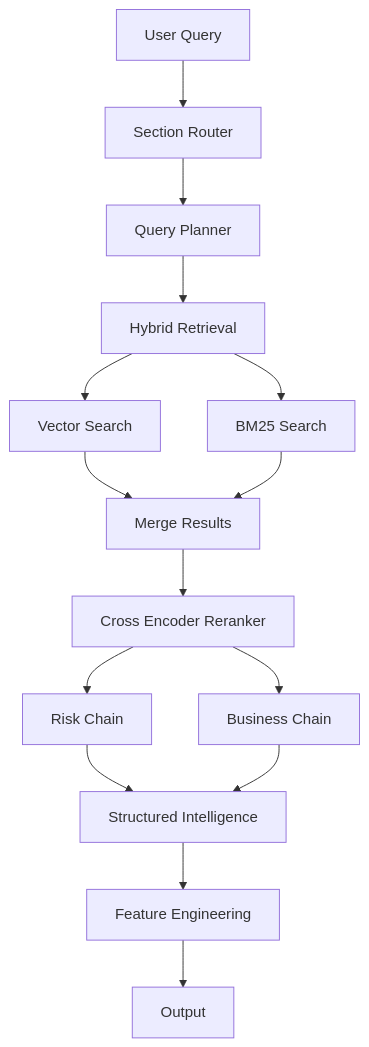
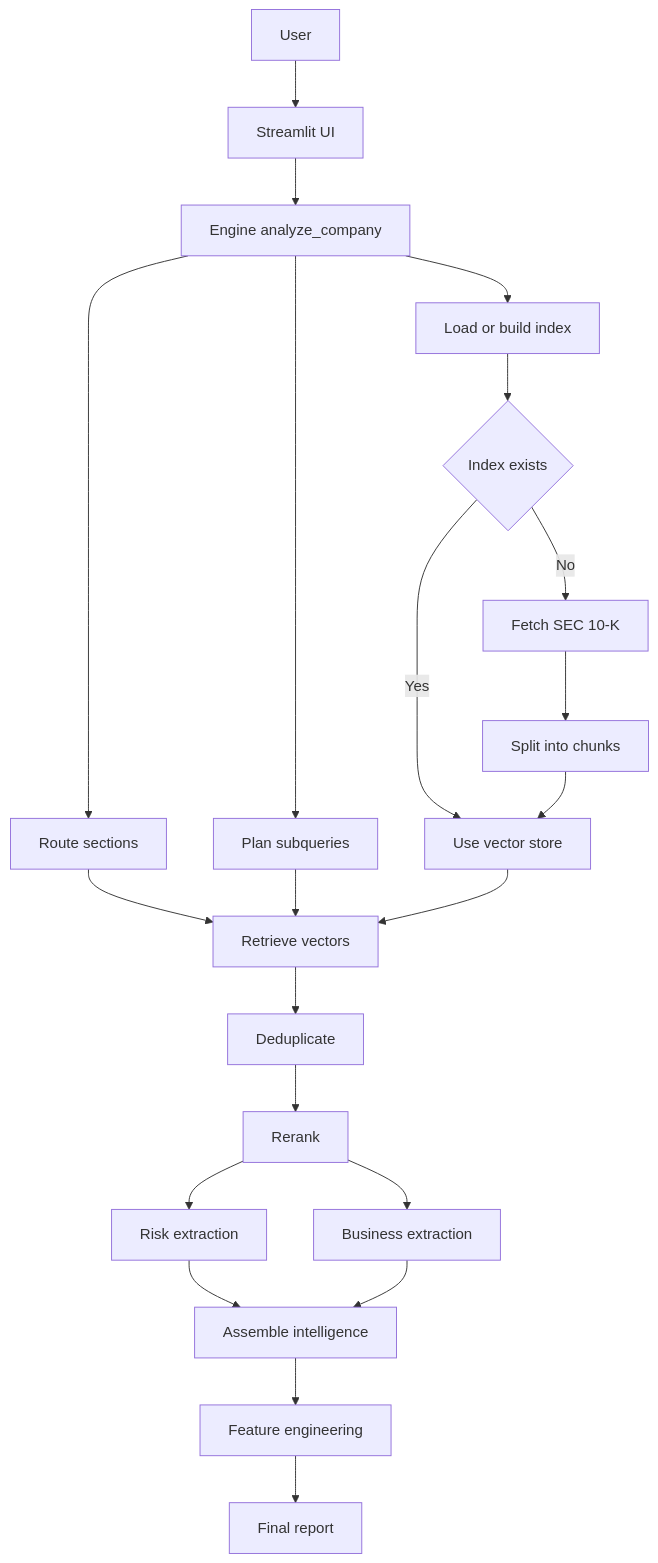
Before and after one commit to Omc12/Company-Intelligence-Engine: the diagram in README.md, drawn with Mermaid.

Commit message:
Update system architecture flowchart in README

````diff
--- a/README.md
+++ b/README.md
@@ -28,31 +28,31 @@
 ```mermaid
 flowchart TD
+  A[User] --> B[Streamlit UI]
+  B --> C[Engine analyze_company]
 
-A[User Query] --> B[Section Router]
+  C --> D[Route sections]
+  C --> E[Plan subqueries]
 
-B --> C[Query Planner]
+  C --> F[Load or build index]
+  F --> G{Index exists}
+  G -->|Yes| H[Use vector store]
+  G -->|No| I[Fetch SEC 10-K]
+  I --> J[Split into chunks]
+  J --> H
 
-C --> D[Hybrid Retrieval]
+  D --> K[Retrieve vectors]
+  E --> K
+  H --> K
 
-D --> E[Vector Search]
+  K --> L[Deduplicate]
+  L --> M[Rerank]
 
-D --> F[BM25 Search]
+  M --> N[Risk extraction]
+  M --> O[Business extraction]
 
-E --> G[Merge Results]
+  N --> P[Assemble intelligence]
+  O --> P
 
-F --> G
-
-G --> H[Cross Encoder Reranker]
-
-H --> I[Risk Chain]
-
-H --> J[Business Chain]
-
-I --> K[Structured Intelligence]
-
-J --> K
-
-K --> L[Feature Engineering]
-
-L --> M[Output]
+  P --> Q[Feature engineering]
+  Q --> R[Final report]
 ```
````
